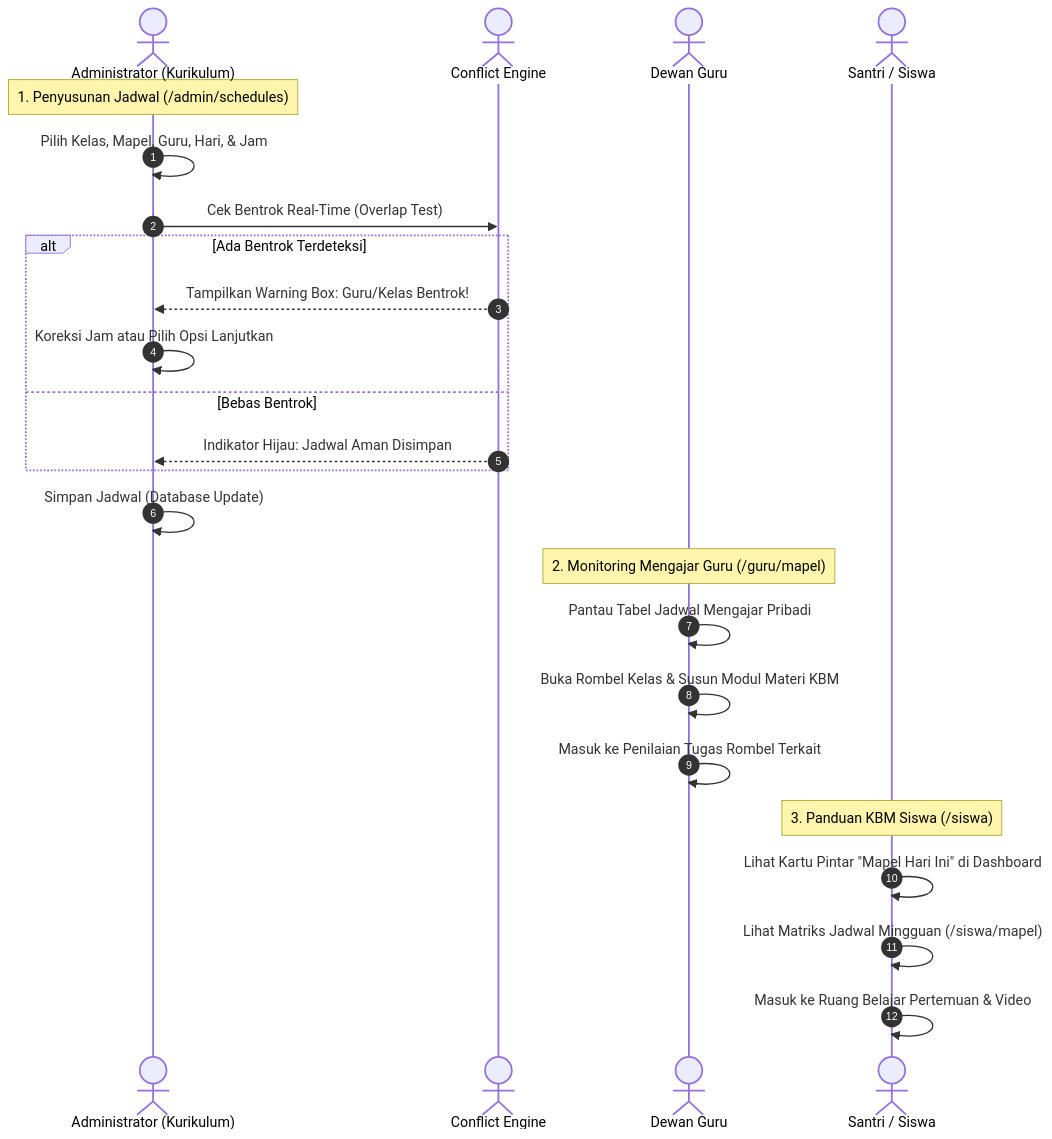
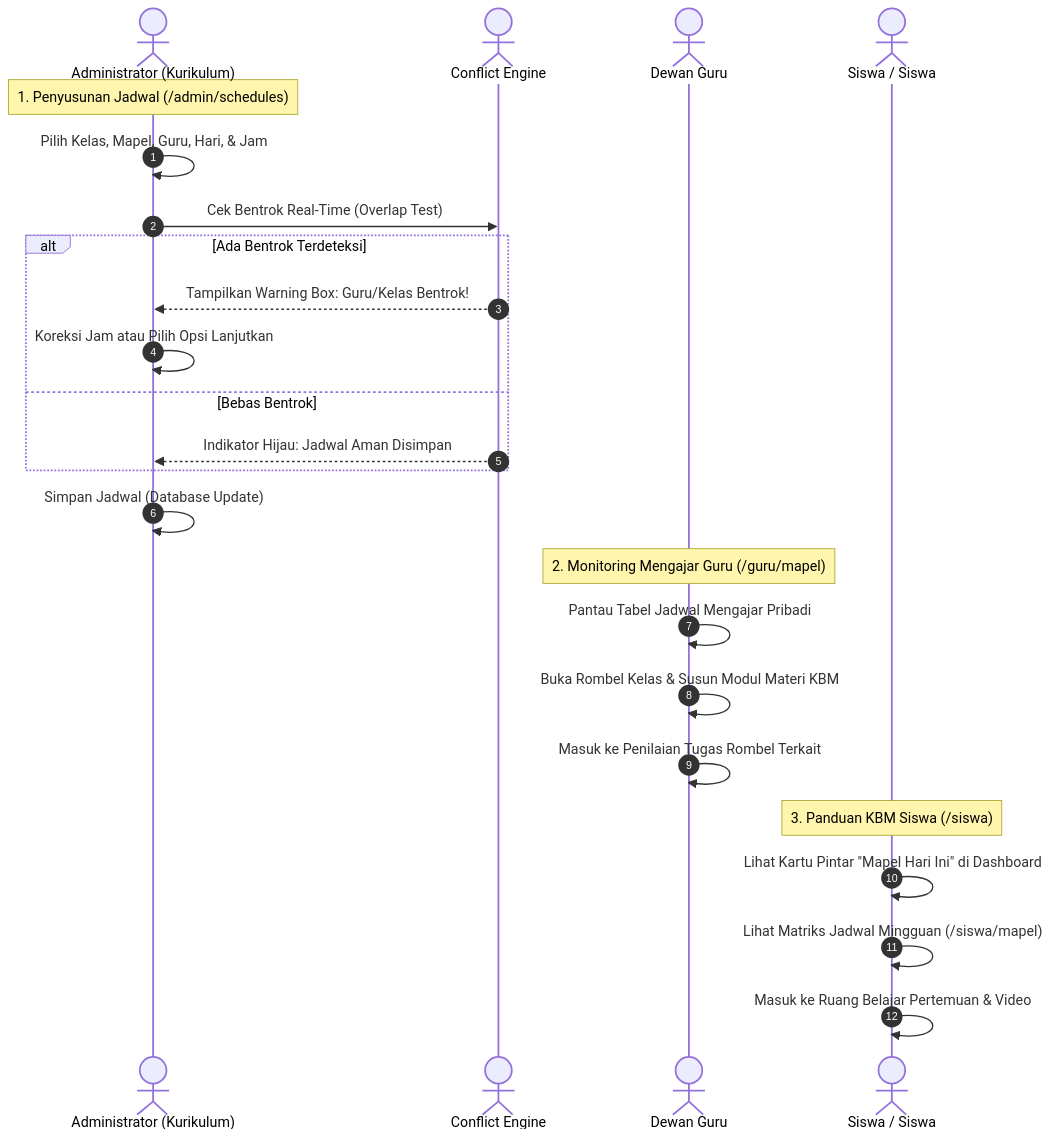
One commit to Rianpedia-dev/student-apps changed the second of 2 diagrams in docs/workflows/workflow-jadwal-mapel.md. Above: the diagram before and after it, drawn with Mermaid. The commit also changed other lines of this file and 47 other files, not shown here.

````diff
--- a/docs/workflows/workflow-jadwal-mapel.md
+++ b/docs/workflows/workflow-jadwal-mapel.md
@@ -63,29 +63,29 @@
 ```mermaid
 sequenceDiagram
     autonumber
     actor Admin as Administrator (Kurikulum)
     actor Engine as Conflict Engine
     actor Guru as Dewan Guru
-    actor Siswa as Santri / Siswa
+    actor Siswa as Siswa / Siswa
 
     Note over Admin: 1. Penyusunan Jadwal (/admin/schedules)
     Admin->>Admin: Pilih Kelas, Mapel, Guru, Hari, & Jam
     Admin->>Engine: Cek Bentrok Real-Time (Overlap Test)
     alt Ada Bentrok Terdeteksi
         Engine-->>Admin: Tampilkan Warning Box: Guru/Kelas Bentrok!
         Admin->>Admin: Koreksi Jam atau Pilih Opsi Lanjutkan
     else Bebas Bentrok
         Engine-->>Admin: Indikator Hijau: Jadwal Aman Disimpan
     end
     Admin->>Admin: Simpan Jadwal (Database Update)
 
     Note over Guru: 2. Monitoring Mengajar Guru (/guru/mapel)
     Guru->>Guru: Pantau Tabel Jadwal Mengajar Pribadi
     Guru->>Guru: Buka Rombel Kelas & Susun Modul Materi KBM
     Guru->>Guru: Masuk ke Penilaian Tugas Rombel Terkait
 
     Note over Siswa: 3. Panduan KBM Siswa (/siswa)
     Siswa->>Siswa: Lihat Kartu Pintar "Mapel Hari Ini" di Dashboard
     Siswa->>Siswa: Lihat Matriks Jadwal Mingguan (/siswa/mapel)
     Siswa->>Siswa: Masuk ke Ruang Belajar Pertemuan & Video
 ```
````
